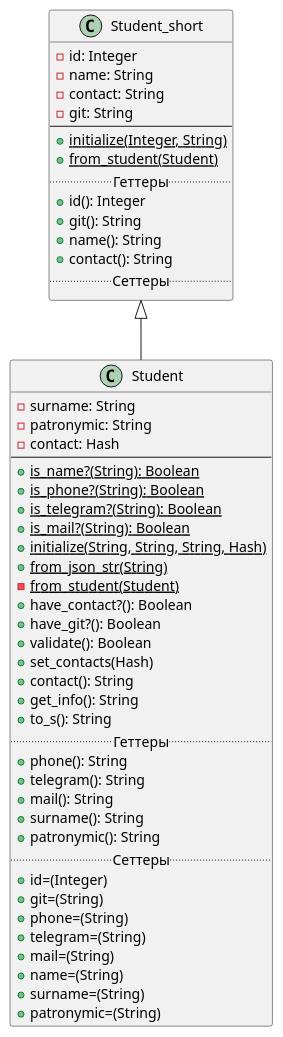
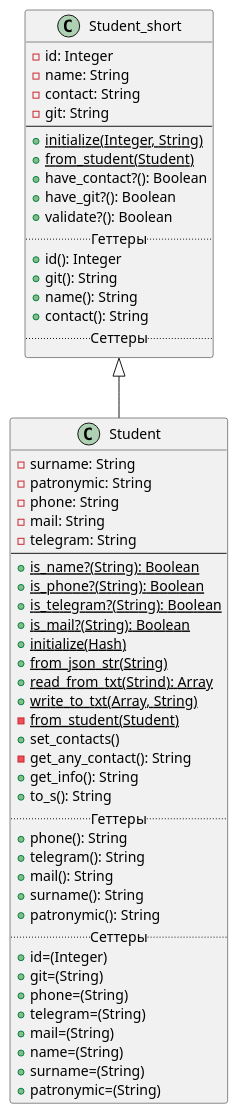
Before and after one commit to VitalijGolovij/PatternProgLabs: the diagram in Lab2/task1/StudentDiagram.puml, drawn with PlantUML. The commit also changed 3 other files, not shown here.

Commit message:
теперь поле contact заполняется в set_contact с помощью приватного метода

```diff
--- a/Lab2/task1/StudentDiagram.puml
+++ b/Lab2/task1/StudentDiagram.puml
@@ -1,56 +1,60 @@
 @startuml
 'https://plantuml.com/sequence-diagram
 Class Student_short
  {
       -id: Integer
       -name: String
       -contact: String
       -git: String
  --
       +{static}initialize(Integer, String)
       +{static}from_student(Student)
+      +have_contact?(): Boolean
+      +have_git?(): Boolean
+      +validate?(): Boolean
       .. Геттеры ..
       +id(): Integer
       +git(): String
       +name(): String
       +contact(): String
       .. Сеттеры ..
   }
 
 
 Class Student extends Student_short{
      -surname: String
      -patronymic: String
-     -contact: Hash
+     -phone: String
+     -mail: String
+     -telegram: String
 --
      +{static}is_name?(String): Boolean
      +{static}is_phone?(String): Boolean
      +{static}is_telegram?(String): Boolean
      +{static}is_mail?(String): Boolean
-     +{static}initialize(String, String, String, Hash)
+     +{static}initialize(Hash)
      +{static}from_json_str(String)
+     +{static}read_from_txt(Strind): Array
+     +{static}write_to_txt(Array, String)
      -{static}from_student(Student)
-     +have_contact?(): Boolean
-     +have_git?(): Boolean
-     +validate(): Boolean
-     +set_contacts(Hash)
-     +contact(): String
+     +set_contacts()
+     -get_any_contact(): String
      +get_info(): String
      +to_s(): String
      .. Геттеры ..
      +phone(): String
      +telegram(): String
      +mail(): String
      +surname(): String
      +patronymic(): String
      .. Сеттеры ..
      +id=(Integer)
      +git=(String)
      +phone=(String)
      +telegram=(String)
      +mail=(String)
      +name=(String)
      +surname=(String)
      +patronymic=(String)
  }
 @enduml
```
